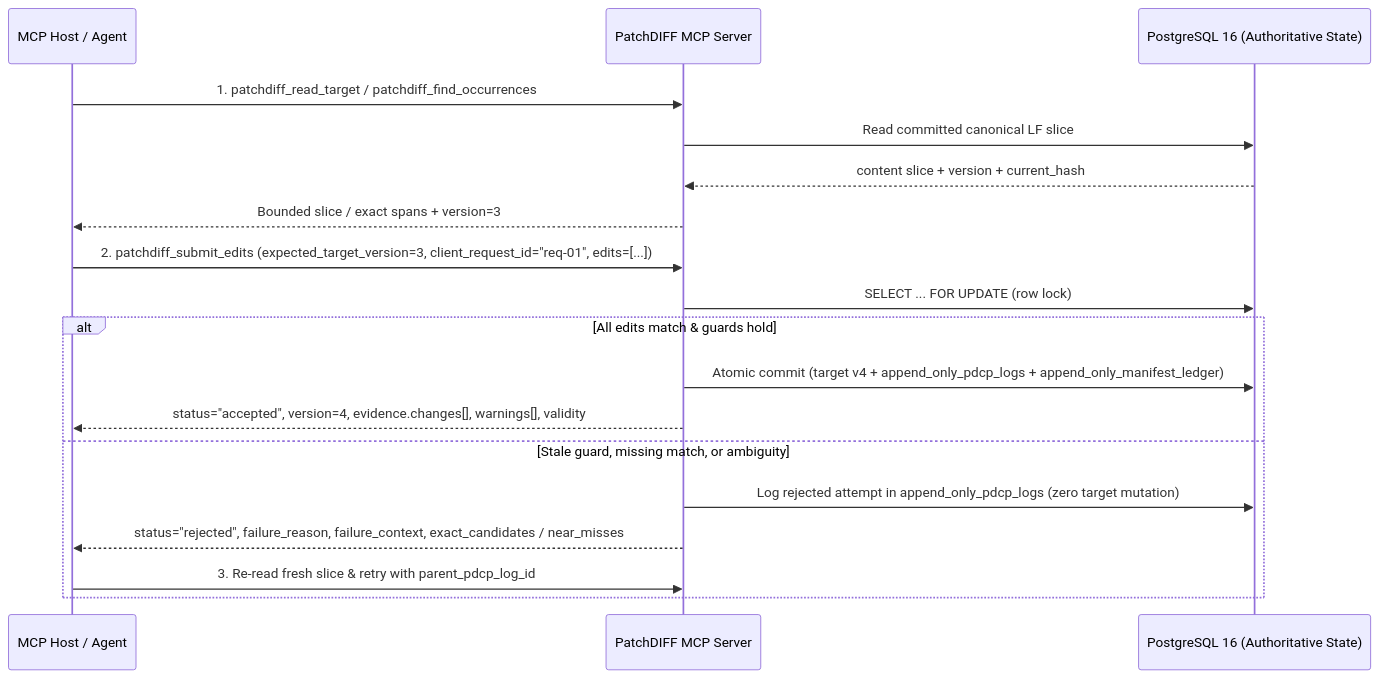
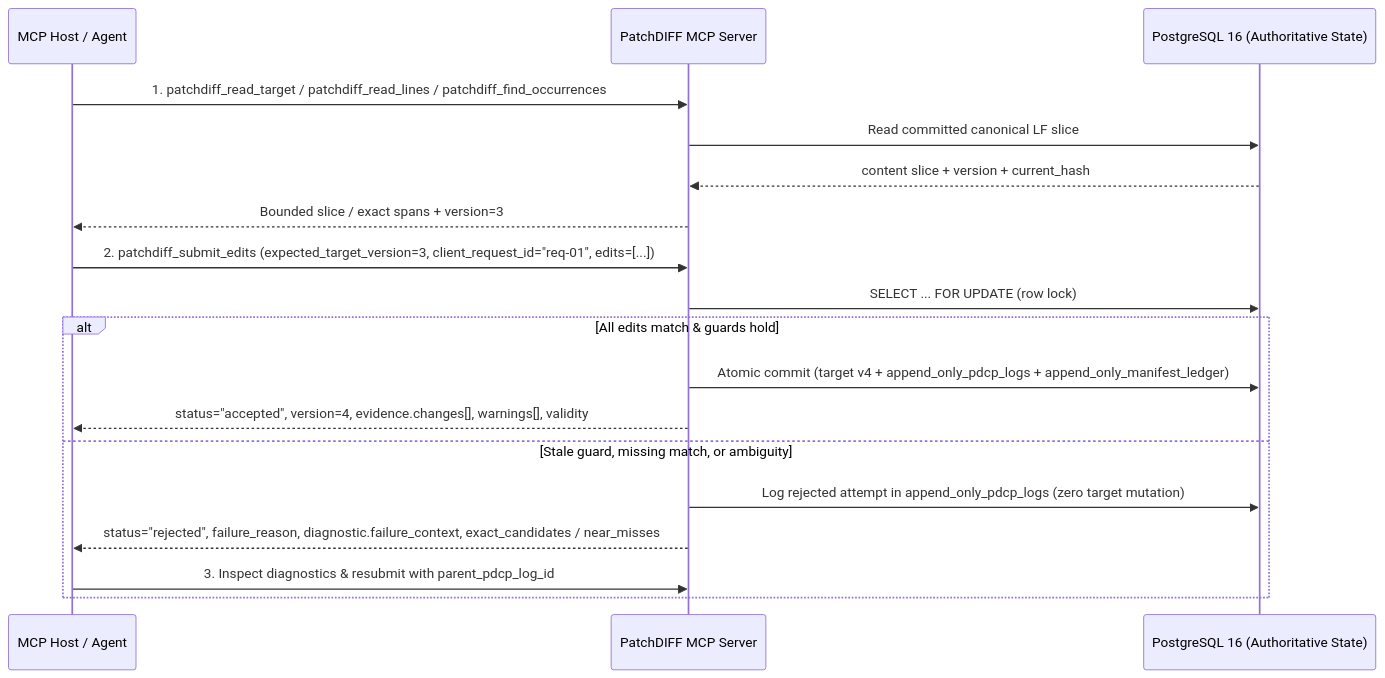
Before and after one commit to paragon-ux/Patch-DIFF: the diagram in README.md, drawn with Mermaid. The commit also changed other lines of this file and 6 other files, not shown here.

````diff
--- a/README.md
+++ b/README.md
@@ -22,22 +47,22 @@
 ```mermaid
 sequenceDiagram
     participant Host as MCP Host / Agent
     participant PD as PatchDIFF MCP Server
     participant PG as PostgreSQL 16 (Authoritative State)
 
-    Host->>PD: 1. patchdiff_read_target / patchdiff_find_occurrences
+    Host->>PD: 1. patchdiff_read_target / patchdiff_read_lines / patchdiff_find_occurrences
     PD->>PG: Read committed canonical LF slice
     PG-->>PD: content slice + version + current_hash
     PD-->>Host: Bounded slice / exact spans + version=3
 
     Host->>PD: 2. patchdiff_submit_edits (expected_target_version=3, client_request_id="req-01", edits=[...])
     PD->>PG: SELECT ... FOR UPDATE (row lock)
     alt All edits match & guards hold
         PD->>PG: Atomic commit (target v4 + append_only_pdcp_logs + append_only_manifest_ledger)
         PD-->>Host: status="accepted", version=4, evidence.changes[], warnings[], validity
     else Stale guard, missing match, or ambiguity
         PD->>PG: Log rejected attempt in append_only_pdcp_logs (zero target mutation)
-        PD-->>Host: status="rejected", failure_reason, failure_context, exact_candidates / near_misses
-        Host->>PD: 3. Re-read fresh slice & retry with parent_pdcp_log_id
+        PD-->>Host: status="rejected", failure_reason, diagnostic.failure_context, exact_candidates / near_misses
+        Host->>PD: 3. Inspect diagnostics & resubmit with parent_pdcp_log_id
     end
 ```
````
